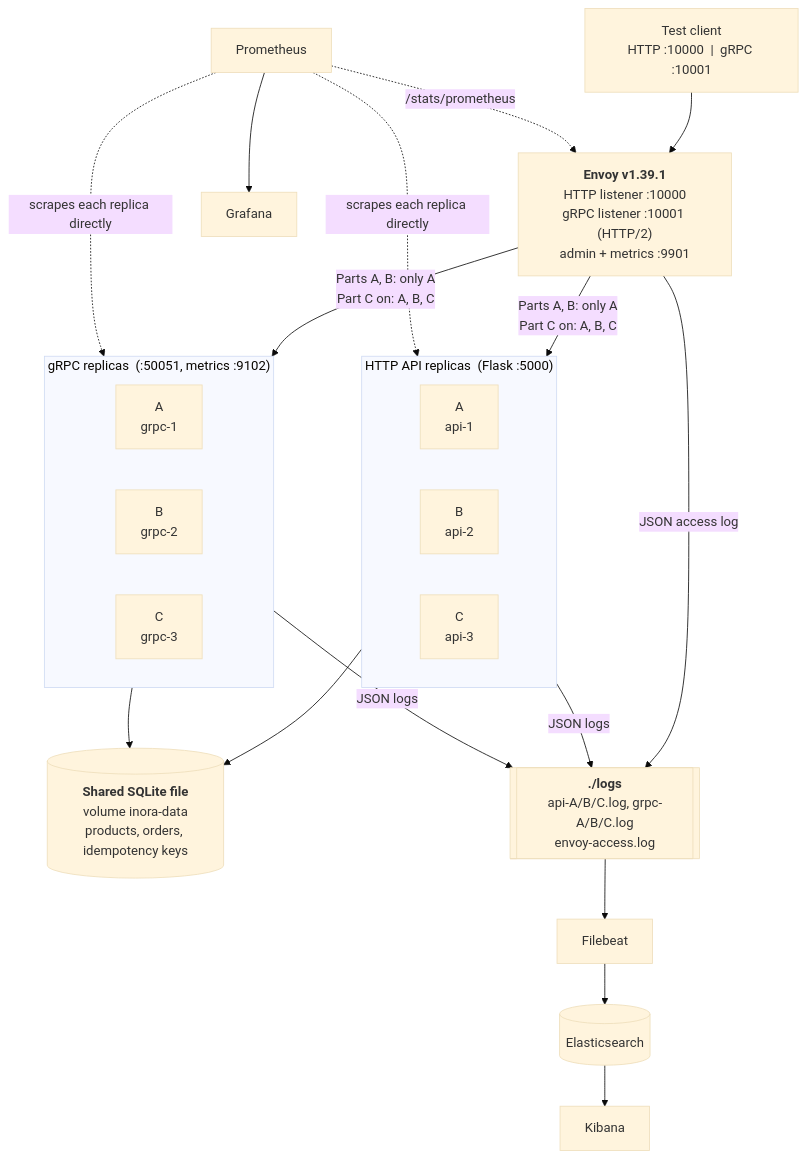
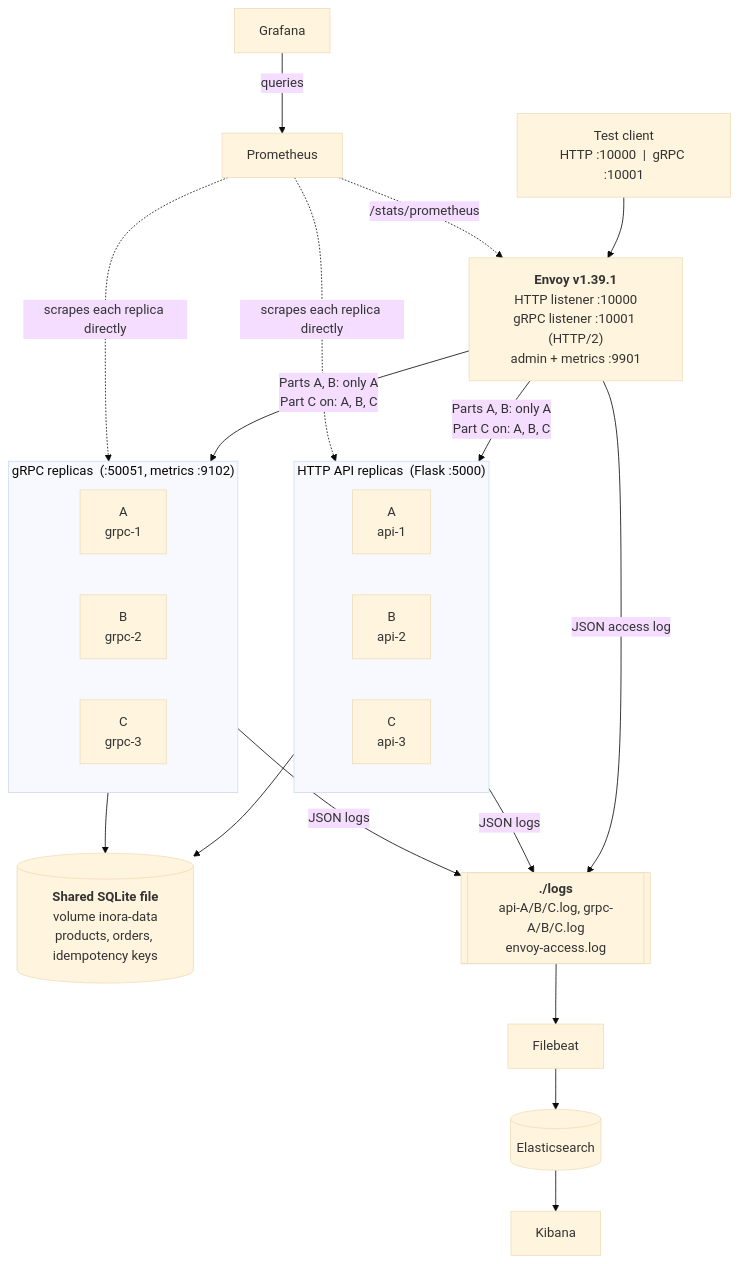
The diagram in docs/a3/architecture.mmd (maazahmedsiddiqui/inora-observability-part3), drawn with Mermaid (base theme) before and after one commit. The commit also changed 2 other files, not shown here.

Commit message:
Shared-state doc audited against code; fix diagram arrow

```diff
--- a/docs/a3/architecture.mmd
+++ b/docs/a3/architecture.mmd
@@ -1,38 +1,38 @@
 flowchart TB
     client["Test client<br/>HTTP :10000 &nbsp;|&nbsp; gRPC :10001"]
     envoy["<b>Envoy v1.39.1</b><br/>HTTP listener :10000<br/>gRPC listener :10001 (HTTP/2)<br/>admin + metrics :9901"]
 
     subgraph http["HTTP API replicas &nbsp;(Flask :5000)"]
         direction LR
         a1["A<br/>api-1"]
         b1["B<br/>api-2"]
         c1["C<br/>api-3"]
     end
     subgraph grpcs["gRPC replicas &nbsp;(:50051, metrics :9102)"]
         direction LR
         a2["A<br/>grpc-1"]
         b2["B<br/>grpc-2"]
         c2["C<br/>grpc-3"]
     end
 
     db[("<b>Shared SQLite file</b><br/>volume inora-data<br/>products, orders, idempotency keys")]
     logs[["<b>./logs</b><br/>api-A/B/C.log, grpc-A/B/C.log<br/>envoy-access.log"]]
     prom["Prometheus"]
     graf["Grafana"]
     fb["Filebeat"]
     es[("Elasticsearch")]
     kb["Kibana"]
 
     client --> envoy
     envoy -->|"Parts A, B: only A<br/>Part C on: A, B, C"| http
     envoy -->|"Parts A, B: only A<br/>Part C on: A, B, C"| grpcs
     http --> db
     grpcs --> db
     http -->|"JSON logs"| logs
     grpcs -->|"JSON logs"| logs
     envoy -->|"JSON access log"| logs
     logs --> fb --> es --> kb
     prom -.->|"scrapes each replica directly"| http
     prom -.->|"scrapes each replica directly"| grpcs
     prom -.->|"/stats/prometheus"| envoy
-    prom --> graf
+    graf -->|"queries"| prom
```
